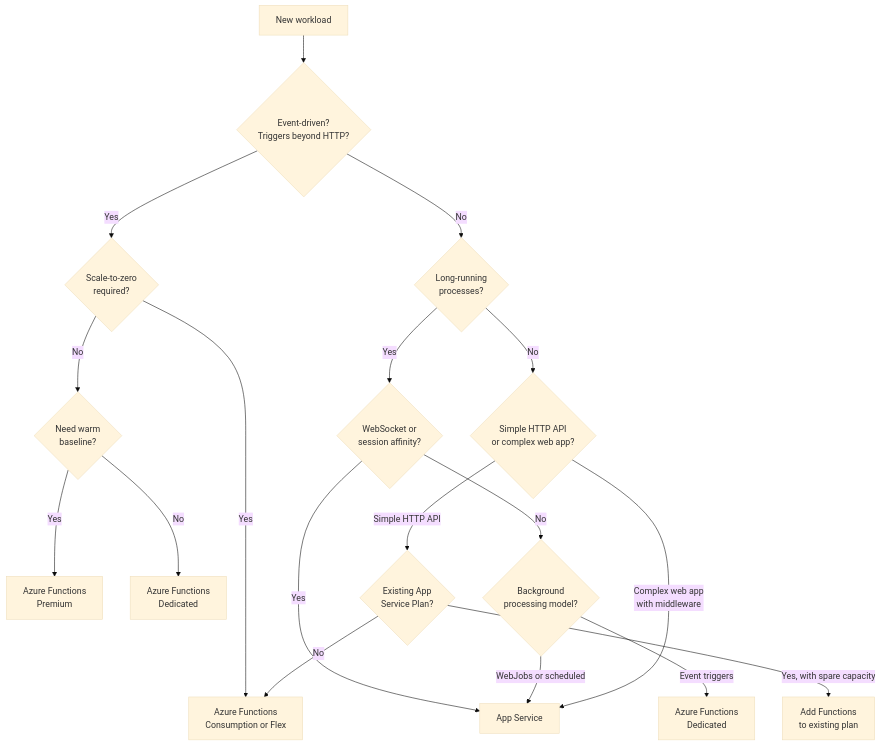
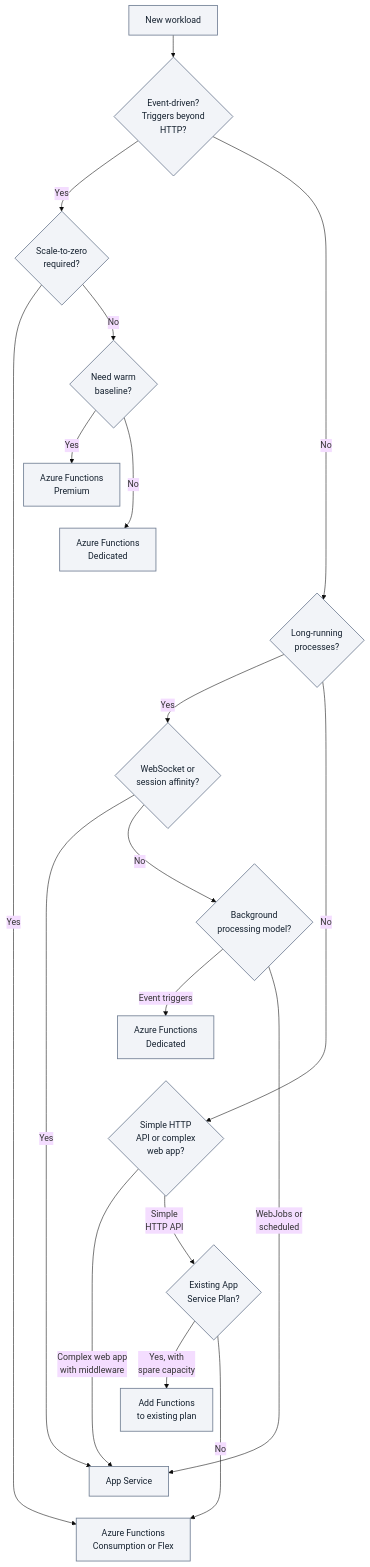
Before and after one commit to yeongseon/azure-functions-practical-guide: the first of 2 diagrams in docs/platform/functions-vs-app-service.md, drawn with Mermaid (base theme). The commit also changed other lines of this file and 1 other file, not shown here.

First line of the commit message:
docs(diagrams): clarify plan-aware Functions and App Service diagrams (#529)

````diff
--- a/docs/platform/functions-vs-app-service.md
+++ b/docs/platform/functions-vs-app-service.md
@@ -104,20 +112,36 @@
 ```mermaid
+%%{init: {'flowchart': {'nodeSpacing': 8, 'rankSpacing': 40}}}%%
 flowchart TD
-    A[New workload] --> B{"Event-driven?<br/>Triggers beyond HTTP?"}
+    accTitle: Functions versus App Service workload decisions
+    accDescr: Illustrative service-selection heuristic retaining every original question, branch and outcome. Hosting-plan and trigger qualifications immediately below the figure apply to the suggested choices.
+    A[New workload] --> B{"Event-driven?<br/>Triggers beyond<br/>HTTP?"}
     B -->|Yes| C{"Scale-to-zero<br/>required?"}
     B -->|No| D{"Long-running<br/>processes?"}
     C -->|Yes| E["Azure Functions<br/>Consumption or Flex"]
     C -->|No| F{"Need warm<br/>baseline?"}
     F -->|Yes| G["Azure Functions<br/>Premium"]
     F -->|No| H["Azure Functions<br/>Dedicated"]
     D -->|Yes| I{"WebSocket or<br/>session affinity?"}
-    D -->|No| J{"Simple HTTP API<br/>or complex web app?"}
+    D -->|No| J{"Simple HTTP<br/>API or complex<br/>web app?"}
     I -->|Yes| K[App Service]
     I -->|No| L{"Background<br/>processing model?"}
     L -->|Event triggers| M["Azure Functions<br/>Dedicated"]
-    L -->|WebJobs or scheduled| K
+    L -->|"WebJobs or<br/>scheduled"| K
     J -->|"Complex web app<br/>with middleware"| K
-    J -->|Simple HTTP API| N{"Existing App<br/>Service Plan?"}
-    N -->|Yes, with spare capacity| P["Add Functions<br/>to existing plan"]
+    J -->|"Simple<br/>HTTP API"| N{"Existing App<br/>Service Plan?"}
+    N -->|"Yes, with<br/>spare capacity"| P["Add Functions<br/>to existing plan"]
     N -->|No| E
+    %% Layout-only links tier the original choices; they add no decisions or semantic arrows.
+    F ~~~ G
+    G ~~~ H
+    H ~~~ D
+    I ~~~ L
+    L ~~~ M
+    M ~~~ J
+    J ~~~ N
+    N ~~~ P
+    P ~~~ K
+    K ~~~ E
+    classDef neutral fill:#f2f4f8,stroke:#707e93,stroke-width:1.5px,color:#14202e;
+    class A,B,C,D,E,F,G,H,I,J,K,L,M,N,P neutral;
 ```
````
